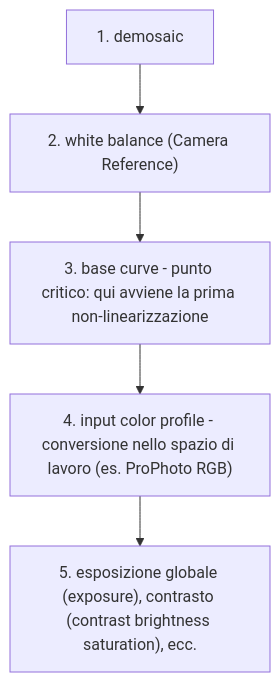
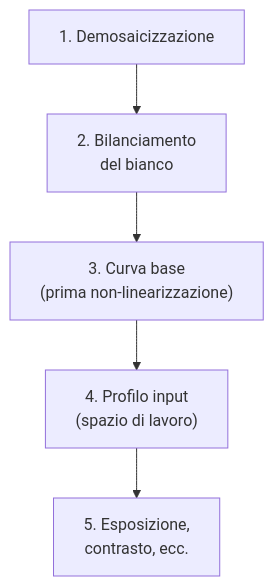
One commit to lorenzoperone/darktable-docs changed the diagram in docs/modules/base-curve.md. Above: the diagram before and after it, drawn with Mermaid. The commit also changed 40 other files, not shown here.

First line of the commit message:
fix: reformatta diagrammi Mermaid — etichette brevi, break line, italiano

````diff
--- a/docs/modules/base-curve.md
+++ b/docs/modules/base-curve.md
@@ -24,4 +24,4 @@
 ```mermaid
 flowchart TD
-    A["1. demosaic"] --> B["2. white balance (Camera Reference)"] --> C["3. base curve - punto critico: qui avviene la prima non-linearizzazione"] --> D["4. input color profile - conversione nello spazio di lavoro (es. ProPhoto RGB)"] --> E["5. esposizione globale (exposure), contrasto (contrast brightness saturation), ecc."]
+    A["1. Demosaicizzazione"] --> B["2. Bilanciamento<br/>del bianco"] --> C["3. Curva base<br/>(prima non-linearizzazione)"] --> D["4. Profilo input<br/>(spazio di lavoro)"] --> E["5. Esposizione,<br/>contrasto, ecc."]
 ```
````
